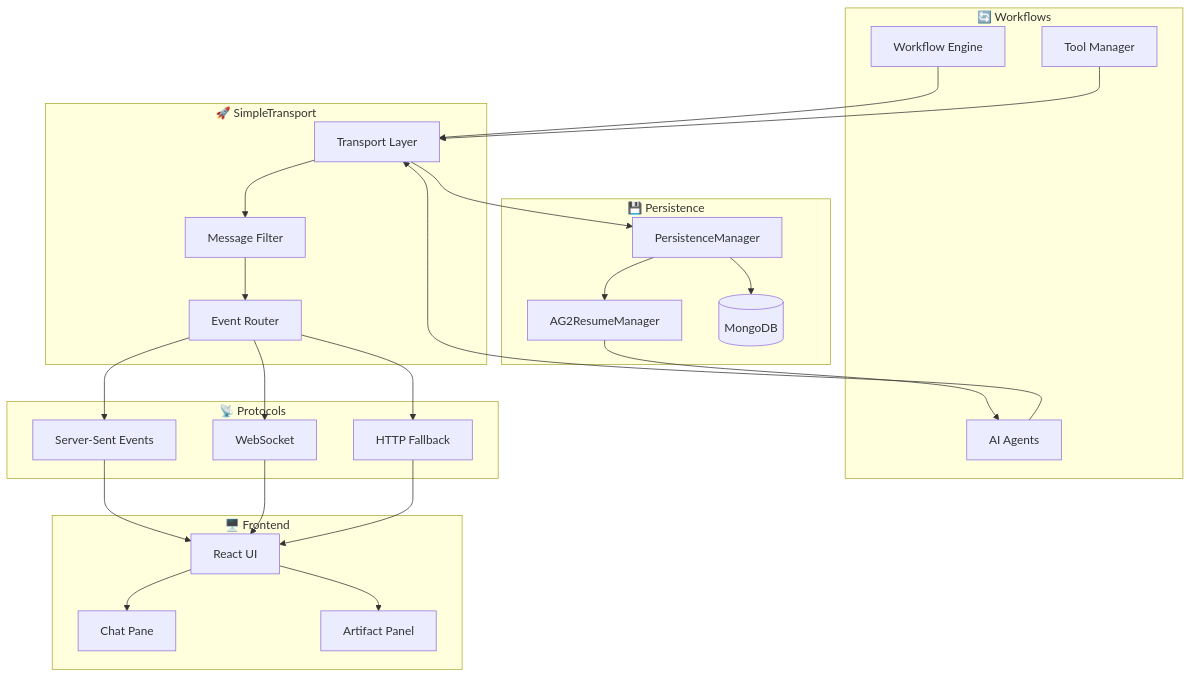
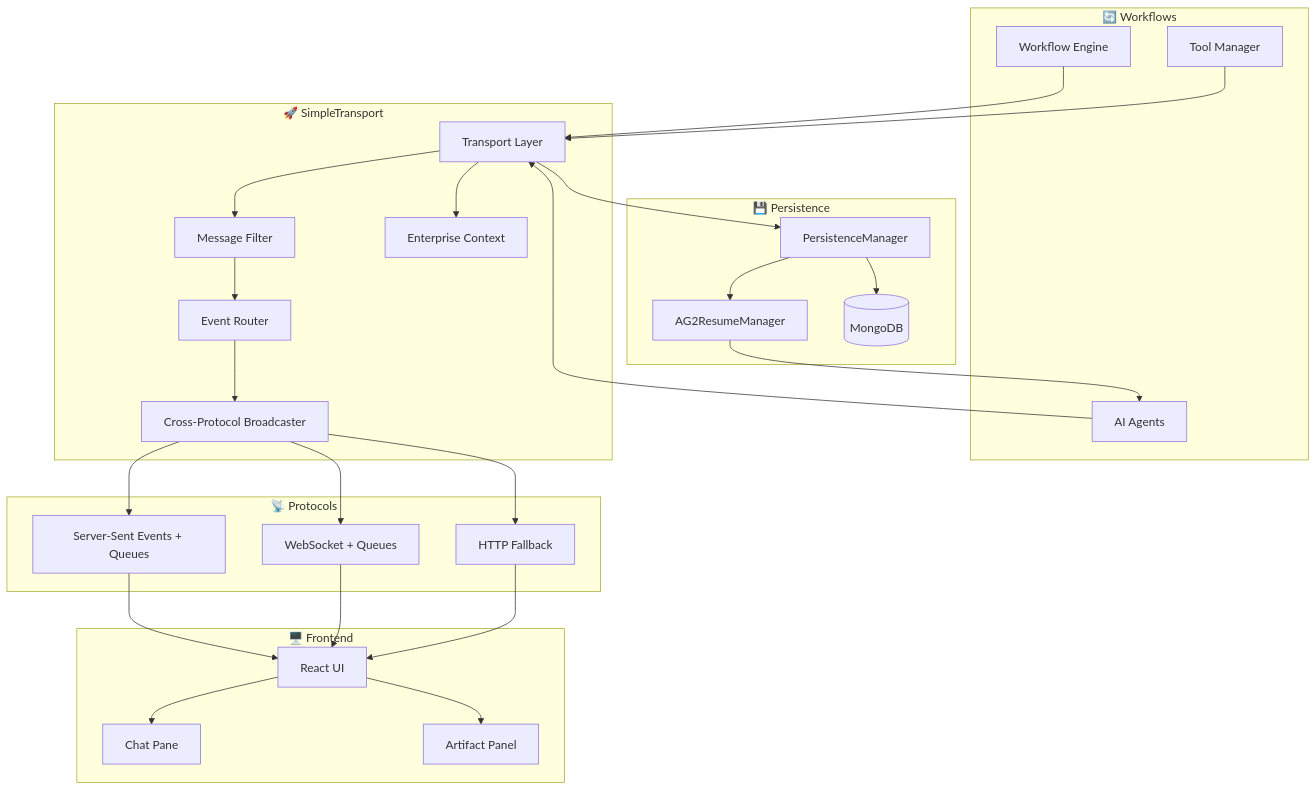
One commit to BlocUnited-LLC/mozaiks-ai changed the diagram in docs/TRANSPORT_AND_EVENTS.md. Above: the diagram before and after it, drawn with Mermaid. The commit also changed other lines of this file and 41 other files, not shown here.

Commit message:
Cleanup registry, update docs, remove legacy code, and improve architecture references

````diff
--- a/docs/TRANSPORT_AND_EVENTS.md
+++ b/docs/TRANSPORT_AND_EVENTS.md
@@ -10,51 +10,55 @@
 ```mermaid
 flowchart TD
     subgraph Workflows["🔄 Workflows"]
         WF[Workflow Engine]
         AG[AI Agents]
         TM[Tool Manager]
     end
     
     subgraph Transport["🚀 SimpleTransport"]
         ST[Transport Layer]
         MF[Message Filter]
         ER[Event Router]
+        BC[Cross-Protocol Broadcaster]
+        EC[Enterprise Context]
     end
     
     subgraph Protocols["📡 Protocols"]
-        SSE[Server-Sent Events]
-        WS[WebSocket]
+        SSE[Server-Sent Events + Queues]
+        WS[WebSocket + Queues]
         HTTP[HTTP Fallback]
     end
     
     subgraph Frontend["🖥️ Frontend"]
         UI[React UI]
         CP[Chat Pane]
         AP[Artifact Panel]
     end
     
     subgraph Persistence["💾 Persistence"]
         PM[PersistenceManager]
         RM[AG2ResumeManager]
         DB[(MongoDB)]
     end
     
     AG --> ST
     WF --> ST
     TM --> ST
     ST --> MF
     MF --> ER
-    ER --> SSE
-    ER --> WS
-    ER --> HTTP
+    ER --> BC
+    BC --> SSE
+    BC --> WS
+    BC --> HTTP
     SSE --> UI
     WS --> UI
     HTTP --> UI
     UI --> CP
     UI --> AP
     
+    ST --> EC
     ST --> PM
     PM --> RM
     PM --> DB
     RM --> AG
 ```
````
